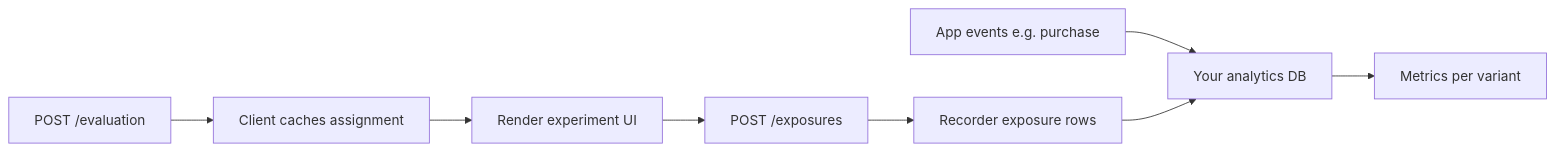
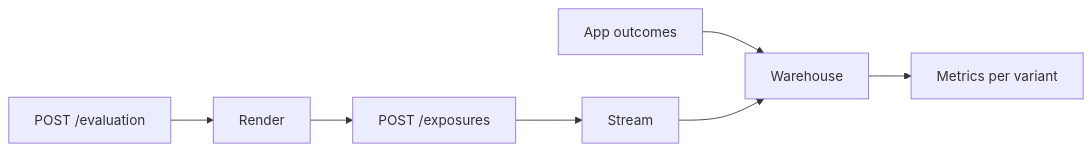
The second of 2 diagrams in docs/flagr_eval_exposure_pipeline.md (openflagr/flagr), drawn with Mermaid before and after one commit. The commit also changed other lines of this file and 21 other files, not shown here.

````diff
--- a/docs/flagr_eval_exposure_pipeline.md
+++ b/docs/flagr_eval_exposure_pipeline.md
@@ -322,10 +277,9 @@
 ```mermaid
 flowchart LR
-  A[POST /evaluation] --> B[Client caches assignment]
-  B --> C[Render experiment UI]
-  C --> D[POST /exposures]
-  D --> E[Recorder exposure rows]
-  F[App events e.g. purchase] --> G[Your analytics DB]
-  E --> G
-  G --> H[Metrics per variant]
+  A[POST /evaluation] --> B[Render]
+  B --> C[POST /exposures]
+  C --> D[Stream]
+  E[App outcomes] --> F[Warehouse]
+  D --> F
+  F --> G[Metrics per variant]
 ```
````
